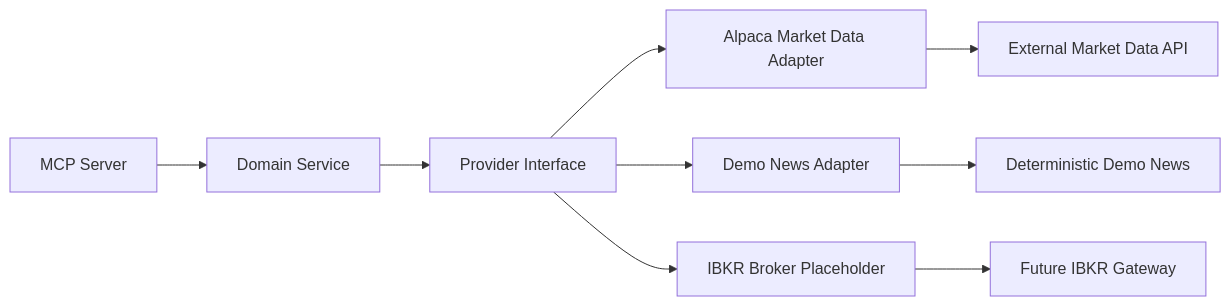
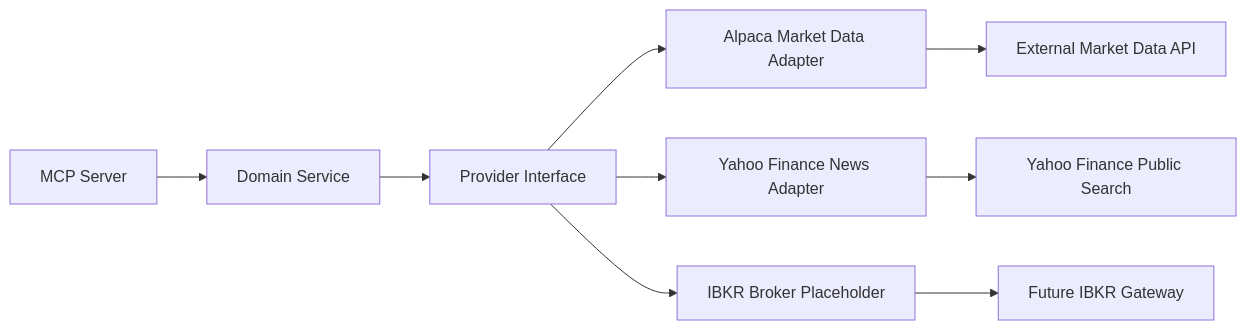
Before and after one commit to thejavascriptways/IFSC-78603-Graduate-Project-trading_journal-mcp: the fifth of 7 diagrams in docs/architecture_plan.md, drawn with Mermaid. The commit also changed other lines of this file and 18 other files, not shown here.

Commit message:
Add stock news MCP demo workflow

````diff
--- a/docs/architecture_plan.md
+++ b/docs/architecture_plan.md
@@ -272,11 +274,11 @@
 ```mermaid
 flowchart LR
     MCP["MCP Server"] --> SVC["Domain Service"]
     SVC --> IFACE["Provider Interface"]
     IFACE --> A["Alpaca Market Data Adapter"]
-    IFACE --> N["Demo News Adapter"]
+    IFACE --> N["Yahoo Finance News Adapter"]
     IFACE --> B["IBKR Broker Placeholder"]
     A --> EXT1["External Market Data API"]
-    N --> EXT2["Deterministic Demo News"]
+    N --> EXT2["Yahoo Finance Public Search"]
     B --> EXT3["Future IBKR Gateway"]
 ```
````
